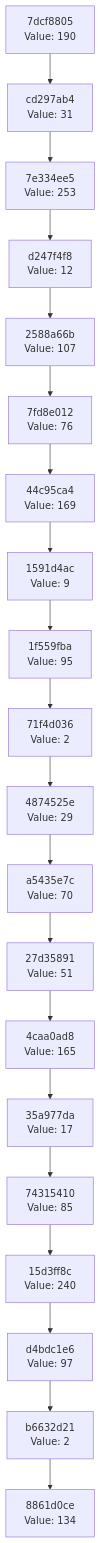
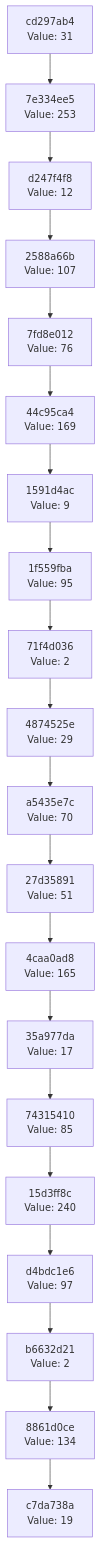
Before and after one commit to Abhisheksinha1506/hash-chain-evolver: the diagram in docs/CHAIN_VISUALIZATION.md, drawn with Mermaid. The commit also changed 2 other files, not shown here.

Commit message:
Evolution Step

````diff
--- a/docs/CHAIN_VISUALIZATION.md
+++ b/docs/CHAIN_VISUALIZATION.md
@@ -3,42 +3,42 @@
 ```mermaid
 graph TD
-    C0["8861d0ce<br/>Value: 134"]
-    C1["b6632d21<br/>Value: 2"]
+    C0["c7da738a<br/>Value: 19"]
+    C1["8861d0ce<br/>Value: 134"]
     C1 --> C0
-    C2["d4bdc1e6<br/>Value: 97"]
+    C2["b6632d21<br/>Value: 2"]
     C2 --> C1
-    C3["15d3ff8c<br/>Value: 240"]
+    C3["d4bdc1e6<br/>Value: 97"]
     C3 --> C2
-    C4["74315410<br/>Value: 85"]
+    C4["15d3ff8c<br/>Value: 240"]
     C4 --> C3
-    C5["35a977da<br/>Value: 17"]
+    C5["74315410<br/>Value: 85"]
     C5 --> C4
-    C6["4caa0ad8<br/>Value: 165"]
+    C6["35a977da<br/>Value: 17"]
     C6 --> C5
-    C7["27d35891<br/>Value: 51"]
+    C7["4caa0ad8<br/>Value: 165"]
     C7 --> C6
-    C8["a5435e7c<br/>Value: 70"]
+    C8["27d35891<br/>Value: 51"]
     C8 --> C7
-    C9["4874525e<br/>Value: 29"]
+    C9["a5435e7c<br/>Value: 70"]
     C9 --> C8
-    C10["71f4d036<br/>Value: 2"]
+    C10["4874525e<br/>Value: 29"]
     C10 --> C9
-    C11["1f559fba<br/>Value: 95"]
+    C11["71f4d036<br/>Value: 2"]
     C11 --> C10
-    C12["1591d4ac<br/>Value: 9"]
+    C12["1f559fba<br/>Value: 95"]
     C12 --> C11
-    C13["44c95ca4<br/>Value: 169"]
+    C13["1591d4ac<br/>Value: 9"]
     C13 --> C12
-    C14["7fd8e012<br/>Value: 76"]
+    C14["44c95ca4<br/>Value: 169"]
     C14 --> C13
-    C15["2588a66b<br/>Value: 107"]
+    C15["7fd8e012<br/>Value: 76"]
     C15 --> C14
-    C16["d247f4f8<br/>Value: 12"]
+    C16["2588a66b<br/>Value: 107"]
     C16 --> C15
-    C17["7e334ee5<br/>Value: 253"]
+    C17["d247f4f8<br/>Value: 12"]
     C17 --> C16
-    C18["cd297ab4<br/>Value: 31"]
+    C18["7e334ee5<br/>Value: 253"]
     C18 --> C17
-    C19["7dcf8805<br/>Value: 190"]
+    C19["cd297ab4<br/>Value: 31"]
     C19 --> C18
 ```
````
